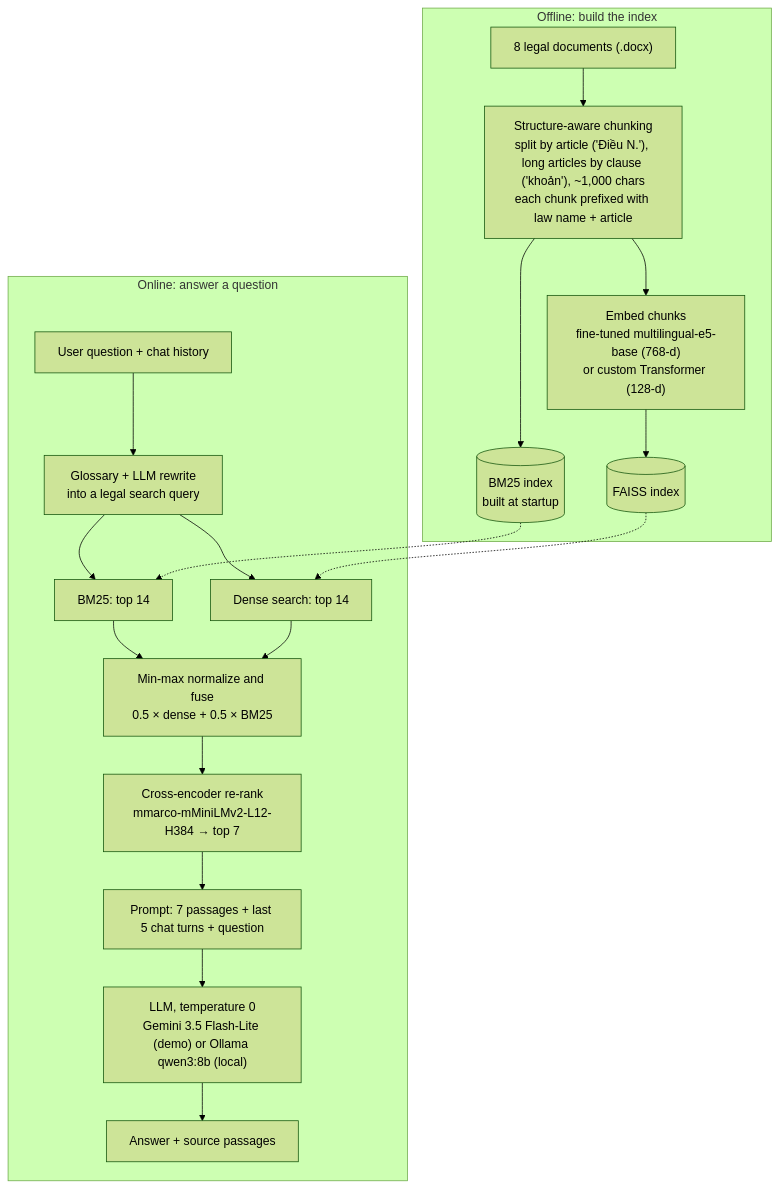
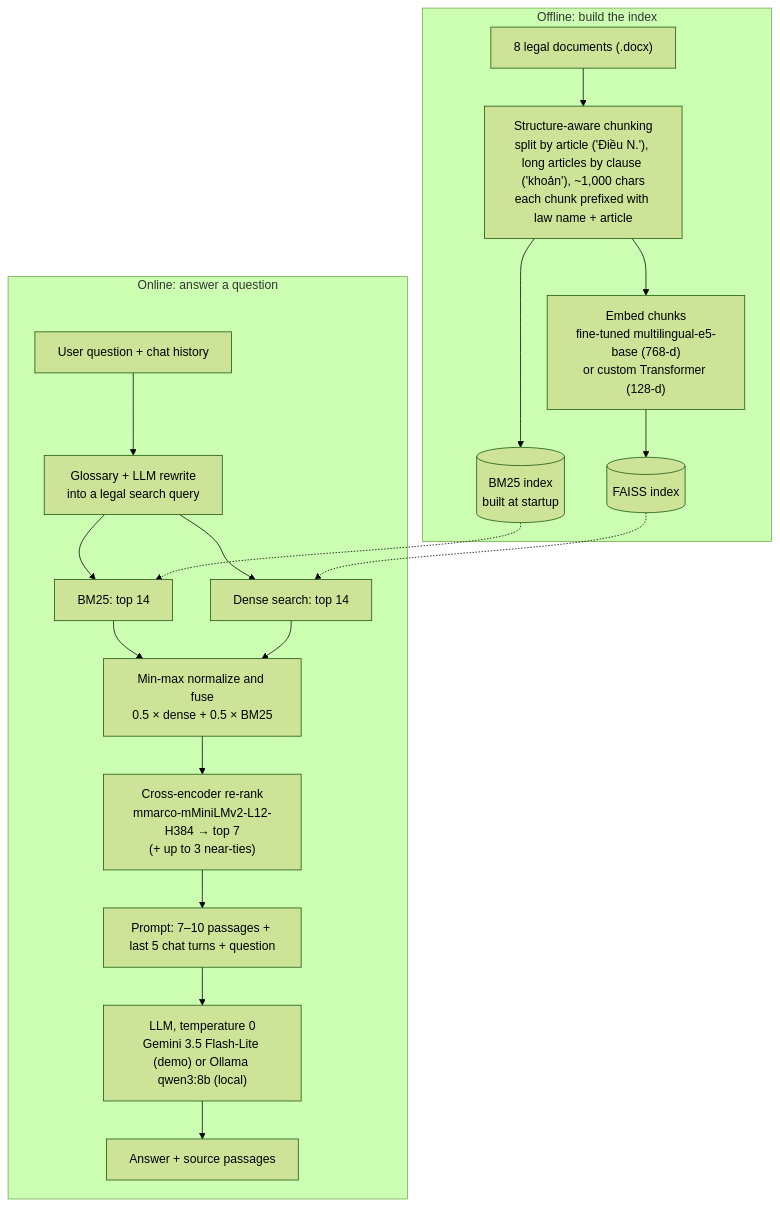
The diagram in README.md (Leanhoangy/vietnamese-rag-chatbot), drawn with Mermaid (forest theme) before and after one commit. The commit also changed other lines of this file and 2 other files, not shown here.

Commit message:
Adaptive top-k: keep near-tie passages so multi-subject questions get every provision

````diff
--- a/README.md
+++ b/README.md
@@ -31,24 +31,24 @@
 ```mermaid
 flowchart TD
     subgraph OFFLINE["Offline: build the index"]
         A["8 legal documents (.docx)"] --> B["Structure-aware chunking<br/>split by article ('Điều N.'), long articles by clause ('khoản'), ~1,000 chars<br/>each chunk prefixed with law name + article"]
         B --> C["Embed chunks<br/>fine-tuned multilingual-e5-base (768-d)<br/>or custom Transformer (128-d)"]
         C --> D[("FAISS index")]
         B --> E[("BM25 index<br/>built at startup")]
     end
 
     subgraph ONLINE["Online: answer a question"]
         Q["User question + chat history"] --> RW["Glossary + LLM rewrite<br/>into a legal search query"]
         RW --> R1["BM25: top 14"]
         RW --> R2["Dense search: top 14"]
         R1 --> F["Min-max normalize and fuse<br/>0.5 × dense + 0.5 × BM25"]
         R2 --> F
-        F --> X["Cross-encoder re-rank<br/>mmarco-mMiniLMv2-L12-H384 → top 7"]
-        X --> P["Prompt: 7 passages + last 5 chat turns + question"]
+        F --> X["Cross-encoder re-rank<br/>mmarco-mMiniLMv2-L12-H384 → top 7<br/>(+ up to 3 near-ties)"]
+        X --> P["Prompt: 7–10 passages + last 5 chat turns + question"]
         P --> L["LLM, temperature 0<br/>Gemini 3.5 Flash-Lite (demo) or Ollama qwen3:8b (local)"]
         L --> ANS["Answer + source passages"]
     end
 
     D -.-> R2
     E -.-> R1
 ```
````
